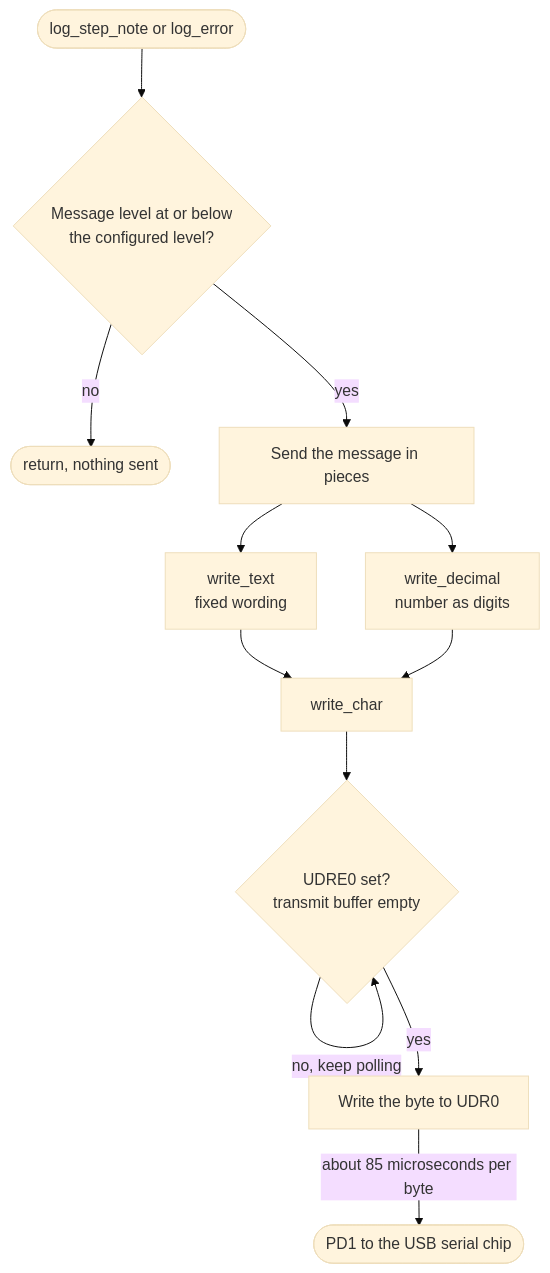
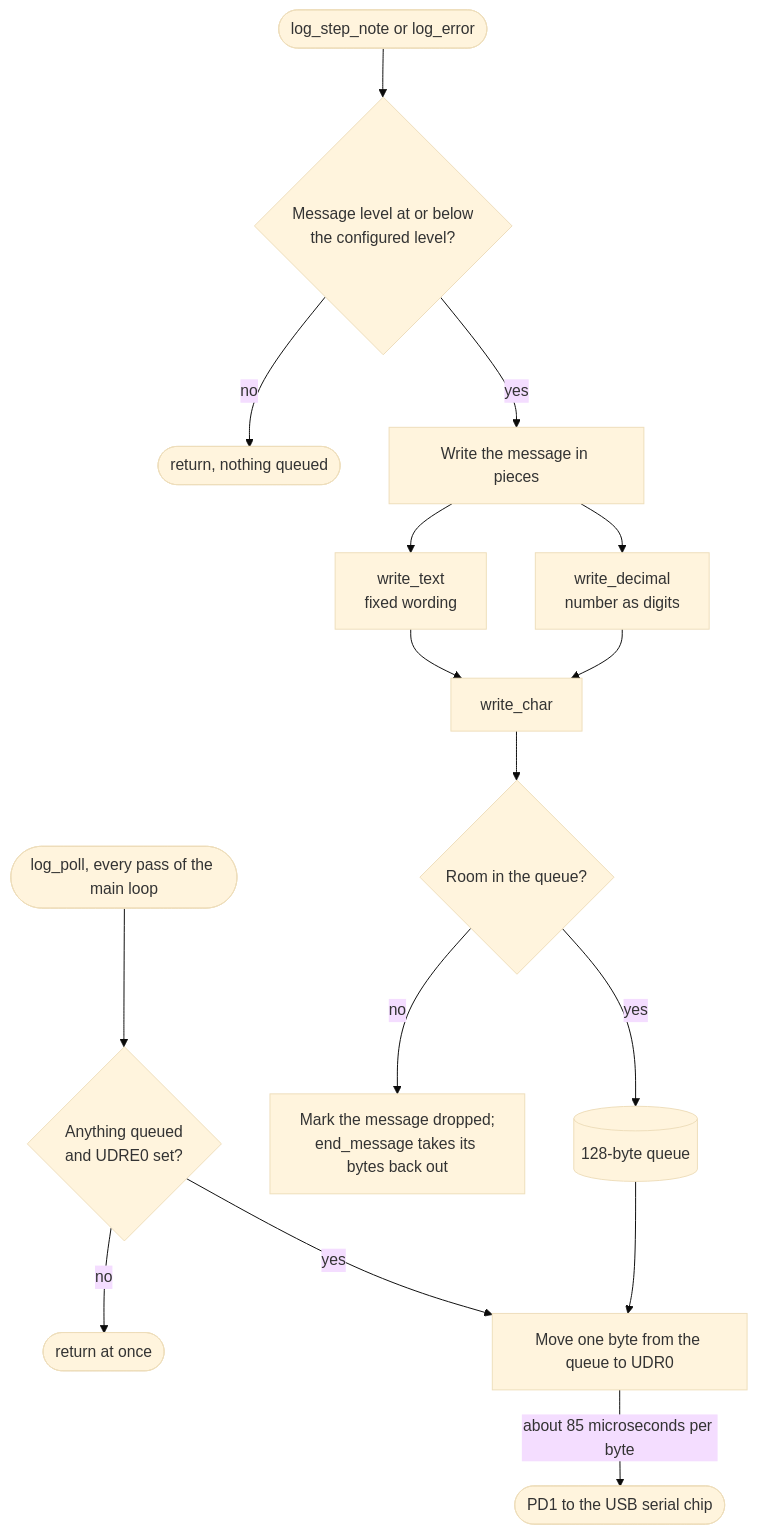
Before and after one commit to BonelessPig/nano_sequencer: diagram 12 of 18 in docs/ARCHITECTURE.md, drawn with Mermaid (base theme). The commit also changed other lines of this file and 9 other files, not shown here.

````diff
--- a/docs/ARCHITECTURE.md
+++ b/docs/ARCHITECTURE.md
@@ -366,14 +397,18 @@
 ```mermaid
 flowchart TD
     call(["log_step_note or log_error"]) --> level{"Message level at or below<br/>the configured level?"}
-    level -->|"no"| drop(["return, nothing sent"])
-    level -->|"yes"| pieces["Send the message in pieces"]
+    level -->|"no"| drop(["return, nothing queued"])
+    level -->|"yes"| pieces["Write the message in pieces"]
     pieces --> text["write_text<br/>fixed wording"]
     pieces --> dec["write_decimal<br/>number as digits"]
     text --> ch["write_char"]
     dec --> ch
-    ch --> ready{"UDRE0 set?<br/>transmit buffer empty"}
-    ready -->|"no, keep polling"| ready
-    ready -->|"yes"| udr["Write the byte to UDR0"]
+    ch --> room{"Room in the queue?"}
+    room -->|"yes"| queue[("128-byte queue")]
+    room -->|"no"| undo["Mark the message dropped;<br/>end_message takes its bytes back out"]
+    poll(["log_poll, every pass of the main loop"]) --> any{"Anything queued<br/>and UDRE0 set?"}
+    any -->|"no"| back(["return at once"])
+    any -->|"yes"| udr["Move one byte from the queue to UDR0"]
+    queue --> udr
     udr -->|"about 85 microseconds per byte"| wire(["PD1 to the USB serial chip"])
 ```
````
